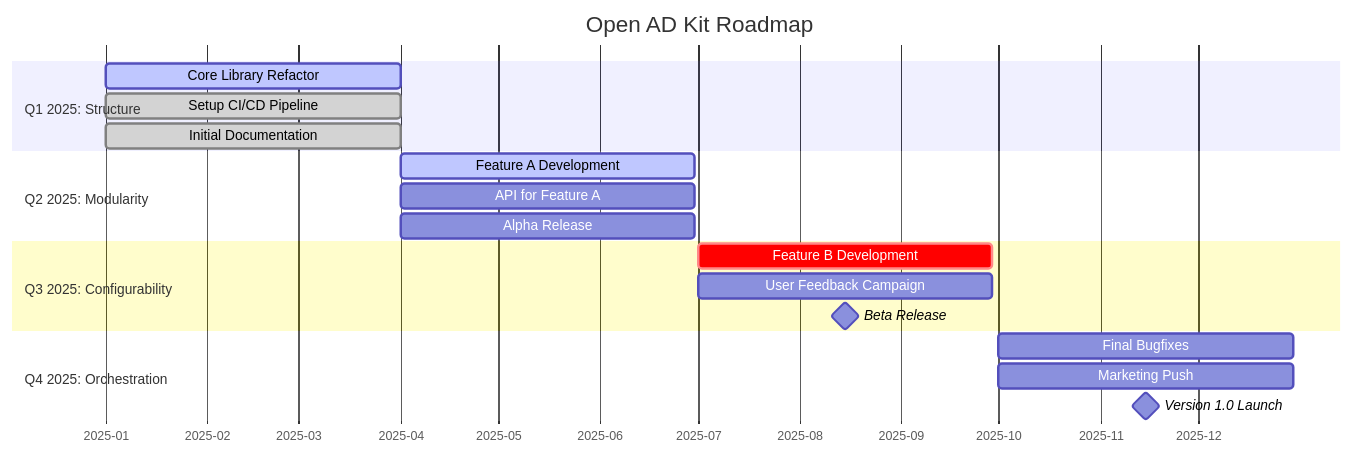
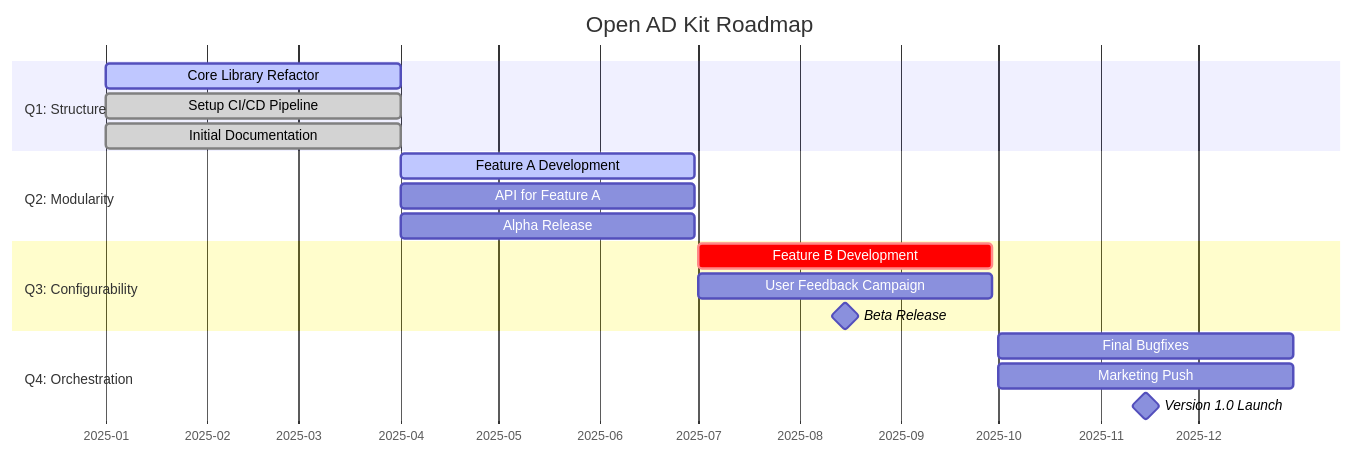
The diagram in README.md (autowarefoundation/openadkit), drawn with Mermaid before and after one commit.

````diff
--- a/README.md
+++ b/README.md
@@ -65,26 +65,26 @@
 ```mermaid
 gantt
     title Open AD Kit Roadmap
     dateFormat  YYYY-MM-DD
     axisFormat %Y-%m
 
-    section Q1 2025: Structure
+    section Q1: Structure
     Core Library Refactor  :active, done, 2025-01-01, 90d
     Setup CI/CD Pipeline :done, 2025-01-01, 90d
     Initial Documentation  :done, 2025-01-01, 90d
 
-    section Q2 2025: Modularity
+    section Q2: Modularity
     Feature A Development  :active, 2025-04-01, 90d
     API for Feature A    :2025-04-01, 90d
     Alpha Release        :2025-04-01, 90d
 
-    section Q3 2025: Configurability
+    section Q3: Configurability
     Feature B Development  :crit, 2025-07-01, 90d
     User Feedback Campaign :2025-07-01, 90d
     Beta Release         :milestone, 2025-07-01, 90d
 
-    section Q4 2025: Orchestration
+    section Q4: Orchestration
     Final Bugfixes       :2025-10-01, 90d
     Marketing Push       :2025-10-01, 90d
     Version 1.0 Launch   :milestone, 2025-10-01, 90d
 ```
````
